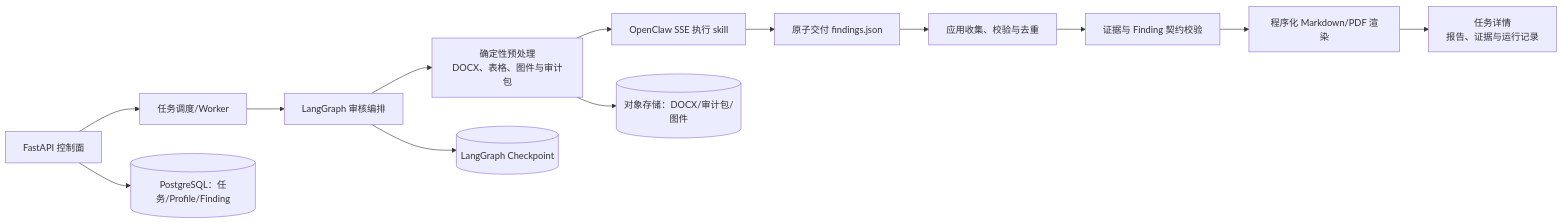
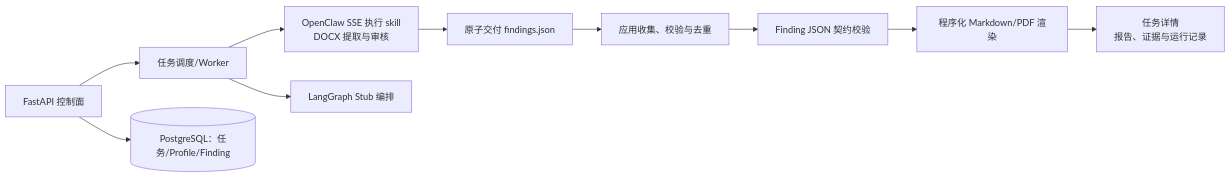
Before and after one commit to Rainbow-CC/DocGuard: the first of 2 diagrams in README.md, drawn with Mermaid. The commit also changed other lines of this file and 11 other files, not shown here.

````diff
--- a/README.md
+++ b/README.md
@@ -9,15 +9,12 @@
 ```mermaid
 flowchart LR
     API["FastAPI 控制面"] --> Q["任务调度/Worker"]
-    Q --> LG["LangGraph 审核编排"]
-    LG --> PP["确定性预处理<br/>DOCX、表格、图件与审计包"]
-    PP --> AG["OpenClaw SSE 执行 skill"]
+    Q --> AG["OpenClaw SSE 执行 skill<br/>DOCX 提取与审核"]
     AG --> AR["原子交付 findings.json"]
     AR --> MG["应用收集、校验与去重"]
-    MG --> CV["证据与 Finding 契约校验"]
+    MG --> CV["Finding JSON 契约校验"]
     CV --> RR["程序化 Markdown/PDF 渲染"]
     RR --> UI["任务详情<br/>报告、证据与运行记录"]
-    PP --> OS[("对象存储：DOCX/审计包/图件")]
-    LG --> CP[("LangGraph Checkpoint")]
+    Q --> LG["LangGraph Stub 编排"]
     API --> DB[("PostgreSQL：任务/Profile/Finding")]
 ```
````
